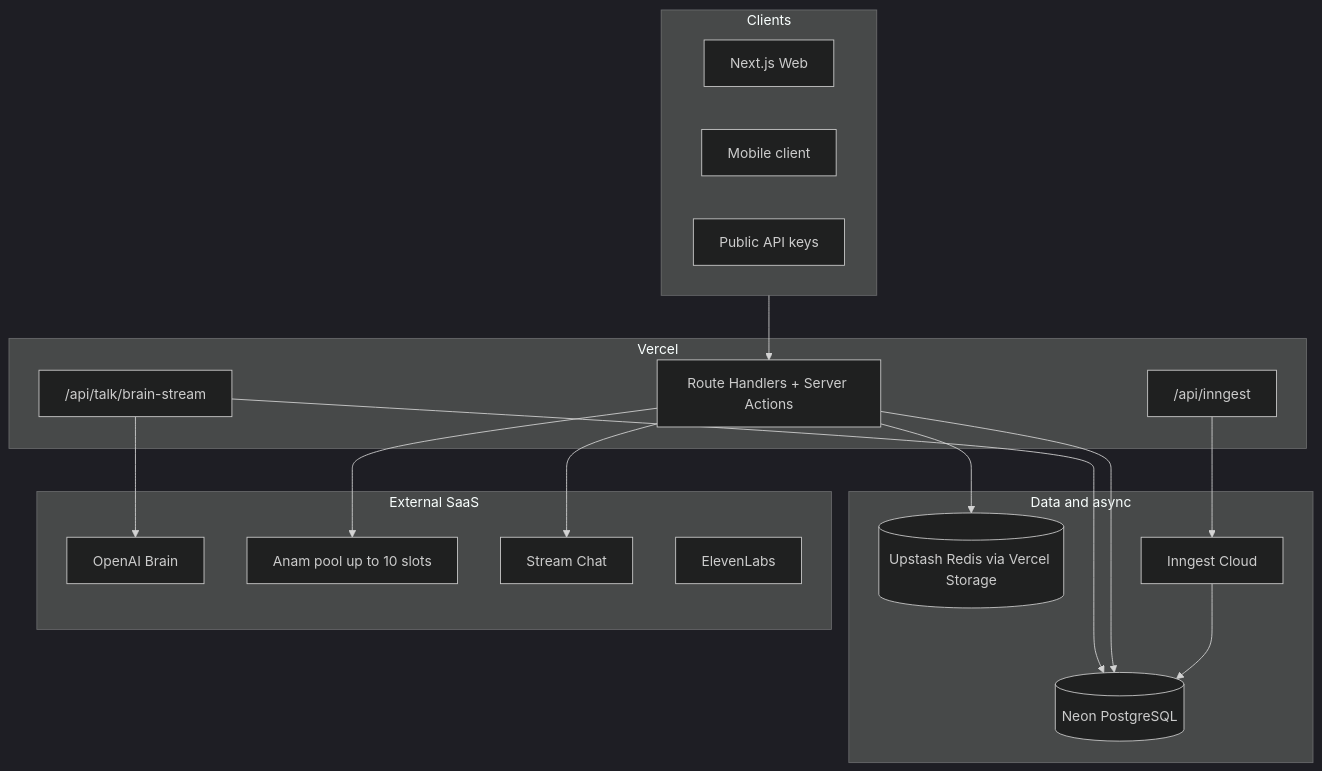
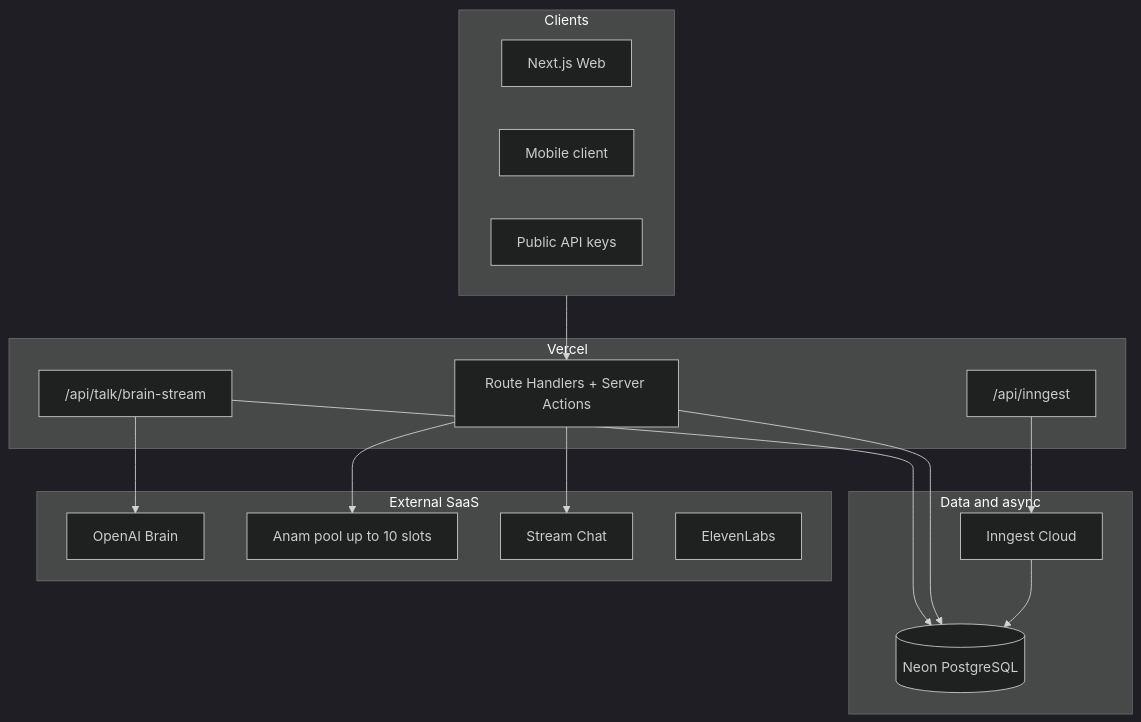
The first of 2 diagrams in docs/SCALING_2026-07-04.md (MagistrTheOne/NULLXES-PLATFORM-DIGITAL-EMPLOYEES), drawn with Mermaid (dark theme) before and after one commit. The commit also changed other lines of this file and 13 other files, not shown here.

First line of the commit message:
chore: remove Upstash Redis from the platform

````diff
--- a/docs/SCALING_2026-07-04.md
+++ b/docs/SCALING_2026-07-04.md
@@ -14,37 +14,35 @@
 ```mermaid
 flowchart TB
   subgraph clients [Clients]
     Web[Next.js Web]
     Mobile[Mobile client]
     API[Public API keys]
   end
 
   subgraph vercel [Vercel]
     Routes[Route Handlers + Server Actions]
     BrainStream["/api/talk/brain-stream"]
     InngestRoute["/api/inngest"]
   end
 
   subgraph data [Data and async]
     Neon[(Neon PostgreSQL)]
-    Redis[(Upstash Redis via Vercel Storage)]
     Inngest[Inngest Cloud]
   end
 
   subgraph external [External SaaS]
     OpenAI[OpenAI Brain]
     Anam[Anam pool up to 10 slots]
     Stream[Stream Chat]
     ElevenLabs[ElevenLabs]
   end
 
   clients --> Routes
   BrainStream --> OpenAI
   BrainStream --> Neon
   Routes --> Neon
-  Routes --> Redis
   InngestRoute --> Inngest
   Inngest --> Neon
   Routes --> Anam
   Routes --> Stream
 ```
````
